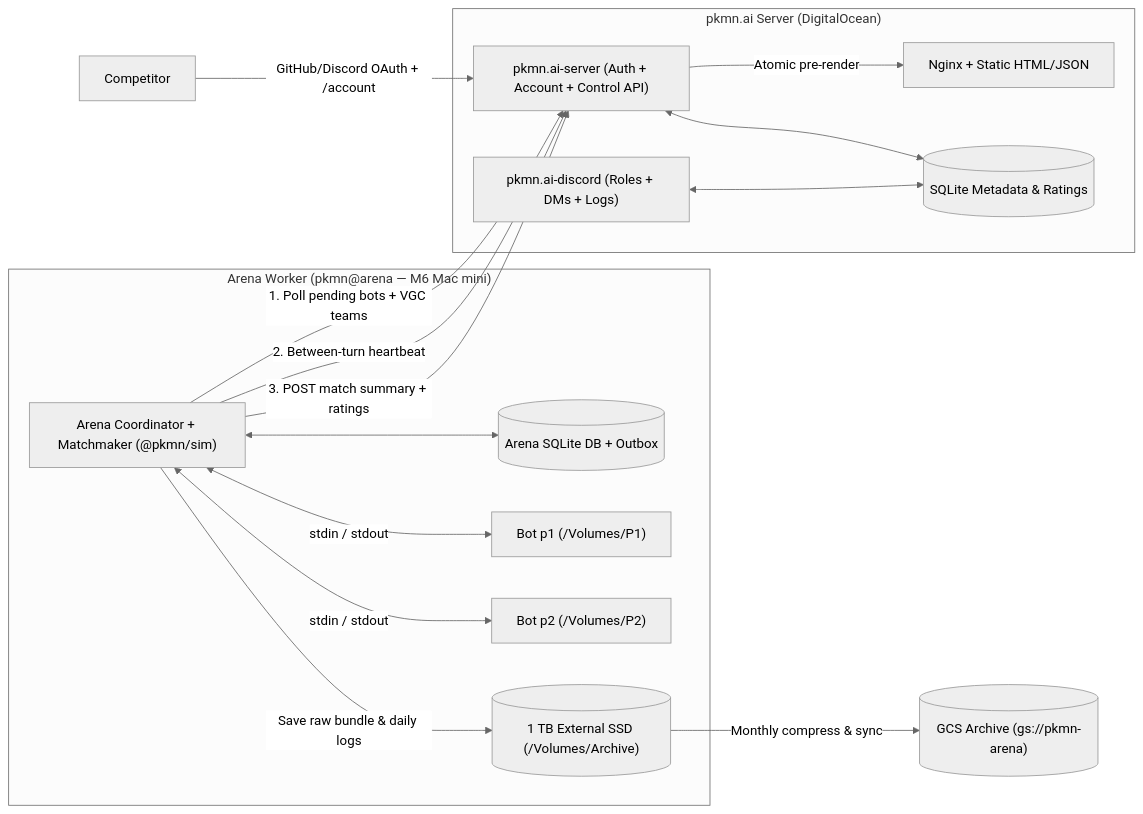
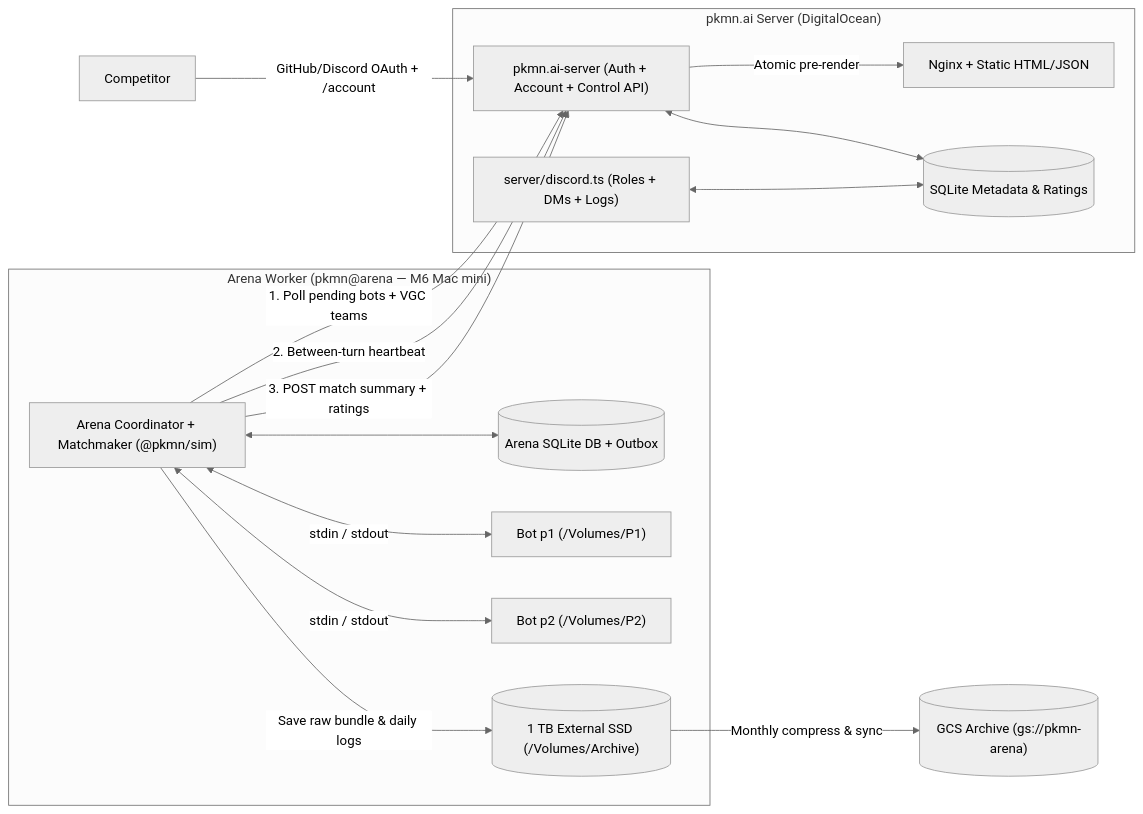
Before and after one commit to pkmn/ai: the first of 3 diagrams in IMPLEMENTATION.md, drawn with Mermaid (neutral theme). The commit also changed other lines of this file and 17 other files, not shown here.

Commit message:
unify GitHub/Discord auth, fold discord into server, and retire Vouch

````diff
--- a/IMPLEMENTATION.md
+++ b/IMPLEMENTATION.md
@@ -34,32 +34,32 @@
 ```mermaid
 flowchart LR
     subgraph DO["pkmn.ai Server (DigitalOcean)"]
         Nginx["Nginx + Static HTML/JSON"]
         API["pkmn.ai-server (Auth + Account + Control API)"]
-        Disc["pkmn.ai-discord (Roles + DMs + Logs)"]
+        Disc["server/discord.ts (Roles + DMs + Logs)"]
         DB[("SQLite Metadata & Ratings")]
     end
 
     subgraph Mac["Arena Worker (pkmn@arena — M6 Mac mini)"]
         Loop["Arena Coordinator + Matchmaker (@pkmn/sim)"]
         ArenaDB[("Arena SQLite DB + Outbox")]
         P1["Bot p1 (/Volumes/P1)"]
         P2["Bot p2 (/Volumes/P2)"]
         Archive[("1 TB External SSD (/Volumes/Archive)")]
     end
 
     GCS[("GCS Archive (gs://pkmn-arena)")]
 
     Dev["Competitor"] -->|"GitHub/Discord OAuth + /account"| API
     API <--> DB
     Disc <--> DB
     API -->|"Atomic pre-render"| Nginx
     Loop -->|"1. Poll pending bots + VGC teams"| API
     Loop <--> ArenaDB
     Loop <-->|"stdin / stdout"| P1
     Loop <-->|"stdin / stdout"| P2
     Loop -->|"2. Between-turn heartbeat"| API
     Loop -->|"3. POST match summary + ratings"| API
     Loop -->|"Save raw bundle & daily logs"| Archive
     Archive -->|"Monthly compress & sync"| GCS
 ```
````
